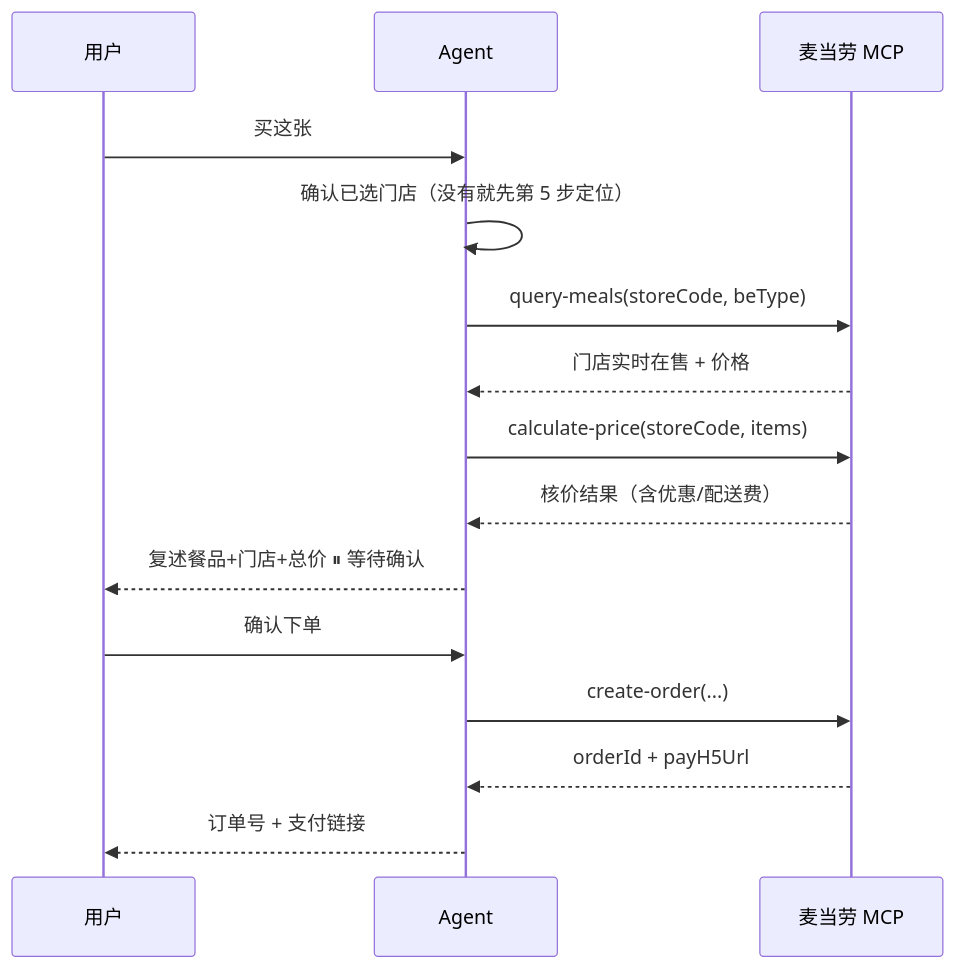
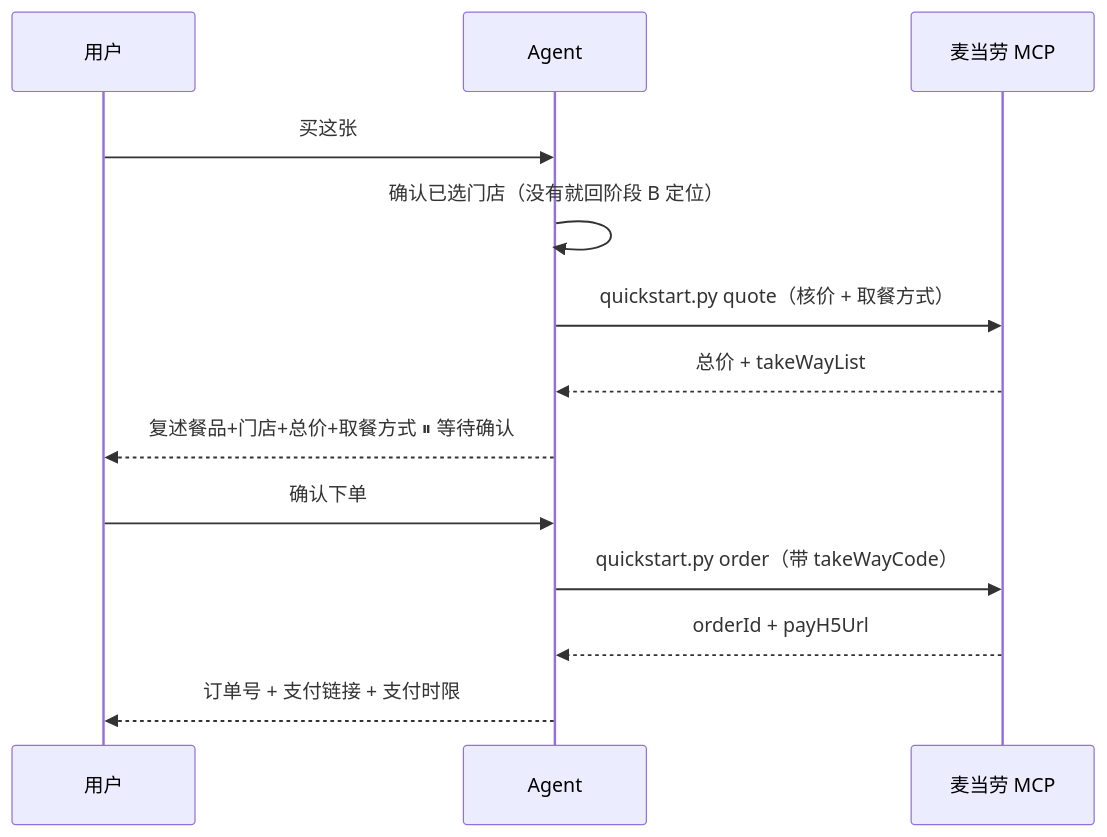
One commit to ilAoC/mcd-gacha-collector changed the diagram in skills/mcd-gacha-collector/SKILL.md. Above: the diagram before and after it, drawn with Mermaid. The commit also changed other lines of this file, not shown here.

Commit message:
perf: 新增 quickstart.py 一键全链路（自连MCP，取数→建池→抽卡 1~3秒）；SKILL 改为命令驱动，新增红线3 禁止手工转录；下单链路补 takeWayCode 必填说明

````diff
--- a/skills/mcd-gacha-collector/SKILL.md
+++ b/skills/mcd-gacha-collector/SKILL.md
@@ -561,18 +585,16 @@
 ```mermaid
 sequenceDiagram
     participant U as 用户
     participant A as Agent
     participant M as 麦当劳 MCP
 
     U->>A: 买这张
-    A->>A: 确认已选门店（没有就先第 5 步定位）
-    A->>M: query-meals(storeCode, beType)
-    M-->>A: 门店实时在售 + 价格
-    A->>M: calculate-price(storeCode, items)
-    M-->>A: 核价结果（含优惠/配送费）
-    A-->>U: 复述餐品+门店+总价 ⏸ 等待确认
+    A->>A: 确认已选门店（没有就回阶段 B 定位）
+    A->>M: quickstart.py quote（核价 + 取餐方式）
+    M-->>A: 总价 + takeWayList
+    A-->>U: 复述餐品+门店+总价+取餐方式 ⏸ 等待确认
     U->>A: 确认下单
-    A->>M: create-order(...)
+    A->>M: quickstart.py order（带 takeWayCode）
     M-->>A: orderId + payH5Url
-    A-->>U: 订单号 + 支付链接
+    A-->>U: 订单号 + 支付链接 + 支付时限
 ```
````
